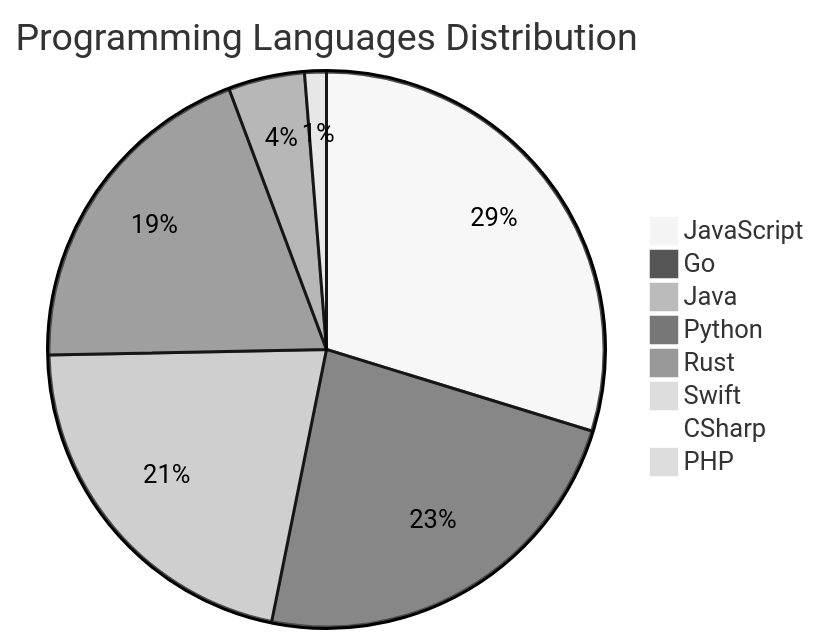
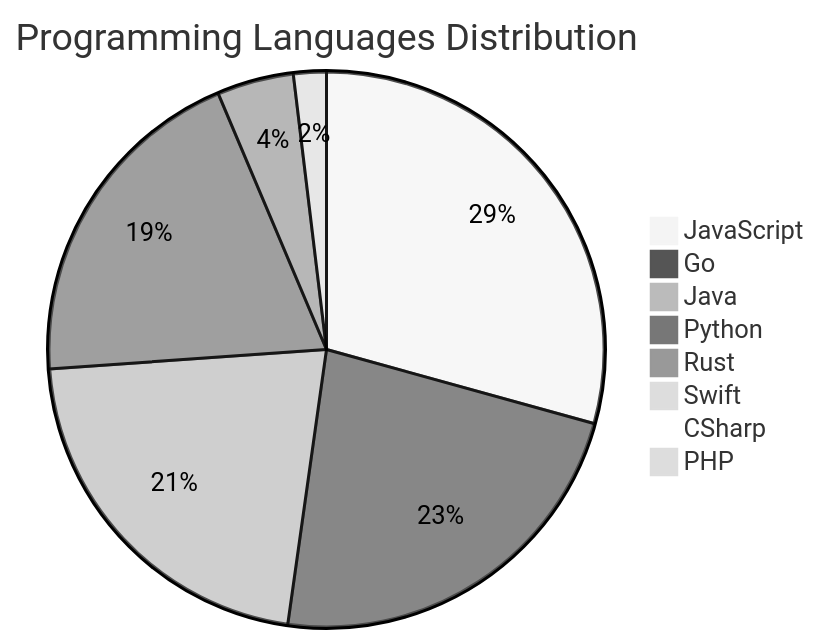
Before and after one commit to Derrick-MUGISHA/github-activity-bot: the diagram in README.md, drawn with Mermaid (neutral theme). The commit also changed other lines of this file and 4 other files, not shown here.

````diff
--- a/README.md
+++ b/README.md
@@ -208,11 +208,11 @@
 ```mermaid
 pie title Programming Languages Distribution
-    "JavaScript" : 47
-    "Go" : 37
+    "JavaScript" : 46
+    "Go" : 36
     "Java" : 34
     "Python" : 31
     "Rust" : 7
-    "Swift" : 2
+    "Swift" : 3
     "CSharp" : 1
     "PHP" : 1
 ```
````
